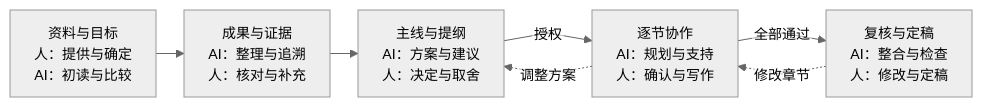
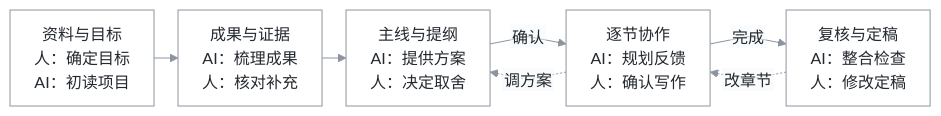
The diagram in README.zh-CN.md (SAFuDarren/paper-shaper), drawn with Mermaid before and after one commit. The commit also changed other lines of this file and 5 other files, not shown here.

````diff
--- a/README.zh-CN.md
+++ b/README.zh-CN.md
@@ -17,29 +17,36 @@
 ```mermaid
 ---
 config:
-  theme: neutral
+  theme: base
   look: classic
   layout: dagre
   themeVariables:
-    fontSize: 14px
+    fontFamily: 'Arial, "PingFang SC", "Microsoft YaHei", "Noto Sans CJK SC", sans-serif'
+    fontSize: 16px
+    primaryColor: '#ffffff'
+    primaryTextColor: '#24292f'
+    primaryBorderColor: '#8c959f'
+    lineColor: '#8c959f'
+    textColor: '#24292f'
+    edgeLabelBackground: '#f6f8fa'
   flowchart:
     htmlLabels: false
     nodeSpacing: 24
-    rankSpacing: 28
+    rankSpacing: 24
     padding: 12
     wrappingWidth: 180
     curve: linear
 ---
 flowchart LR
-    A["资料与目标<br/>人：提供与确定<br/>AI：初读与比较"]
-    B["成果与证据<br/>AI：整理与追溯<br/>人：核对与补充"]
-    C["主线与提纲<br/>AI：方案与建议<br/>人：决定与取舍"]
-    D["逐节协作<br/>AI：规划与支持<br/>人：确认与写作"]
-    E["复核与定稿<br/>AI：整合与检查<br/>人：修改与定稿"]
+    A["资料与目标<br/>人：确定目标<br/>AI：初读项目"]
+    B["成果与证据<br/>AI：梳理成果<br/>人：核对补充"]
+    C["主线与提纲<br/>AI：提供方案<br/>人：决定取舍"]
+    D["逐节协作<br/>AI：规划反馈<br/>人：确认写作"]
+    E["复核与定稿<br/>AI：整合检查<br/>人：修改定稿"]
 
     A --> B --> C
-    C -->|授权| D
-    D -->|全部通过| E
-    D -.->|调整方案| C
-    E -.->|修改章节| D
+    C -->|确认| D
+    D -->|完成| E
+    D -.->|调方案| C
+    E -.->|改章节| D
 ```
````
